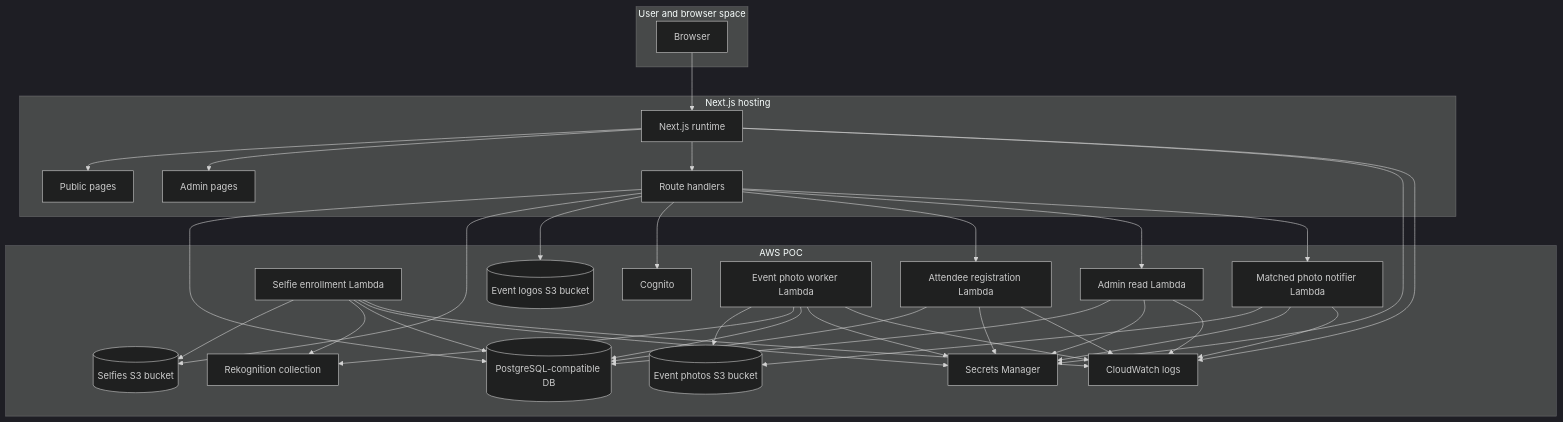
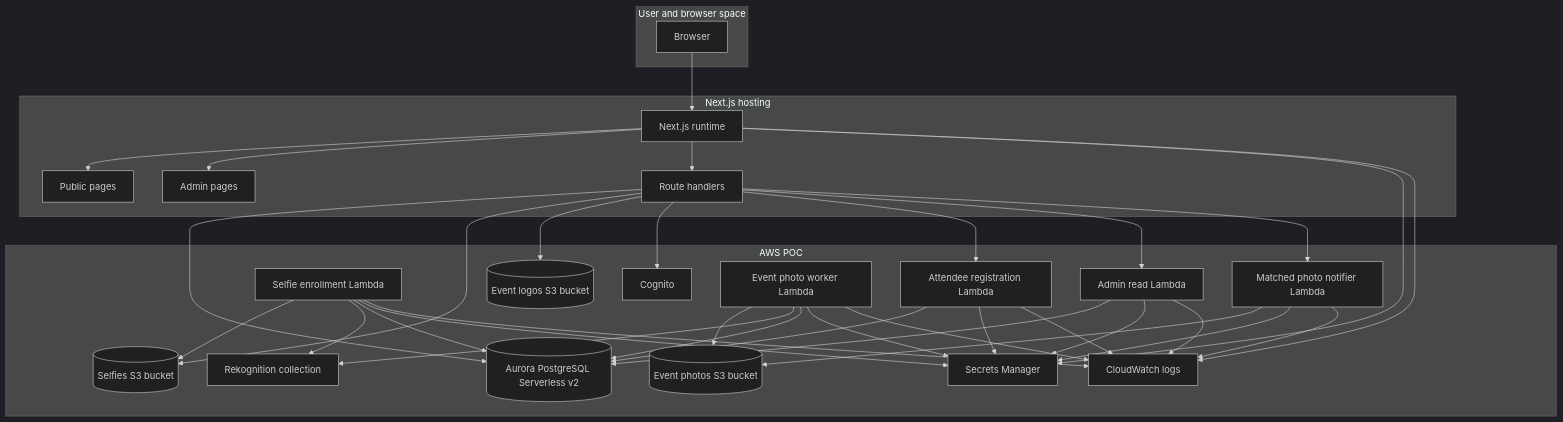
One commit to anyulled/FaceLocator changed the eighth of 8 diagrams in README.md. Above: the diagram before and after it, drawn with Mermaid (dark theme). The commit also changed 11 other files, not shown here.

Commit message:
refactor(infra): migrate database baseline to aurora serverless v2

````diff
--- a/README.md
+++ b/README.md
@@ -296,62 +296,62 @@
 ```mermaid
 flowchart TB
   subgraph UserSpace["User and browser space"]
     browser["Browser"]
   end
 
   subgraph Next["Next.js hosting"]
     nextServer["Next.js runtime"]
     apiRoutes["Route handlers"]
     adminPages["Admin pages"]
     publicPages["Public pages"]
   end
 
   subgraph AWS["AWS POC"]
     s3Selfies[(Selfies S3 bucket)]
     s3EventPhotos[(Event photos S3 bucket)]
     s3EventLogos[(Event logos S3 bucket)]
     lambdaSelfie["Selfie enrollment Lambda"]
     lambdaAttendee["Attendee registration Lambda"]
     lambdaAdmin["Admin read Lambda"]
     lambdaNotifier["Matched photo notifier Lambda"]
     lambdaPhoto["Event photo worker Lambda"]
     rekognition["Rekognition collection"]
-    rds[(PostgreSQL-compatible DB)]
+    rds[(Aurora PostgreSQL Serverless v2)]
     secrets["Secrets Manager"]
     logs["CloudWatch logs"]
     cognito["Cognito"]
   end
 
   browser --> nextServer
   nextServer --> publicPages
   nextServer --> adminPages
   nextServer --> apiRoutes
   apiRoutes --> rds
   apiRoutes --> s3Selfies
   apiRoutes --> s3EventLogos
   apiRoutes --> cognito
   apiRoutes --> lambdaAttendee
   apiRoutes --> lambdaAdmin
   apiRoutes --> lambdaNotifier
   lambdaSelfie --> s3Selfies
   lambdaSelfie --> rekognition
   lambdaSelfie --> rds
   lambdaAttendee --> rds
   lambdaAdmin --> rds
   lambdaNotifier --> s3EventPhotos
   lambdaPhoto --> s3EventPhotos
   lambdaPhoto --> rekognition
   lambdaPhoto --> rds
   nextServer --> secrets
   lambdaAttendee --> secrets
   lambdaAdmin --> secrets
   lambdaNotifier --> secrets
   lambdaSelfie --> secrets
   lambdaPhoto --> secrets
   nextServer --> logs
   lambdaAttendee --> logs
   lambdaAdmin --> logs
   lambdaNotifier --> logs
   lambdaSelfie --> logs
   lambdaPhoto --> logs
 ```
````
